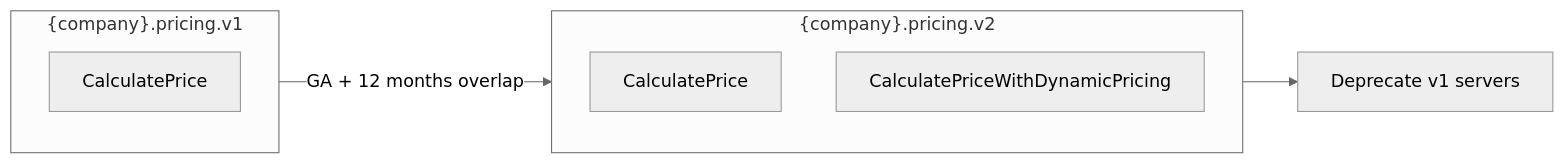
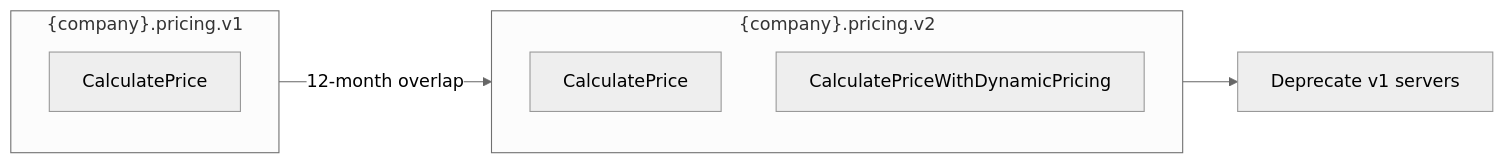
One commit to rishikeshdhokare/platform-manifesto changed the second of 4 diagrams in 02-architecture-and-api/05-grpc-standards.md. Above: the diagram before and after it, drawn with Mermaid (neutral theme). The commit also changed other lines of this file and 12 other files, not shown here.

First line of the commit message:
fix: refactor Mermaid diagrams for compliance (#135)

````diff
--- a/02-architecture-and-api/05-grpc-standards.md
+++ b/02-architecture-and-api/05-grpc-standards.md
@@ -135,12 +135,12 @@
 ```mermaid
 flowchart LR
     subgraph v1["{company}.pricing.v1"]
         A[CalculatePrice]
     end
     subgraph v2["{company}.pricing.v2"]
         B[CalculatePrice]
         C[CalculatePriceWithDynamicPricing]
     end
-    v1 -->|GA + 12 months overlap| v2
+    v1 -->|"12-month overlap"| v2
     v2 --> D[Deprecate v1 servers]
 ```
````
